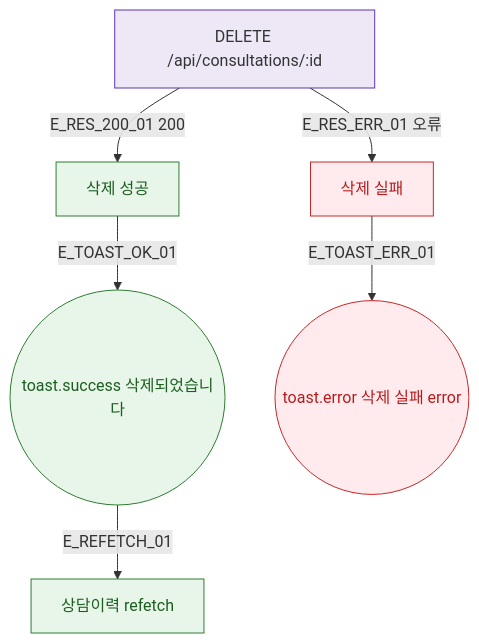
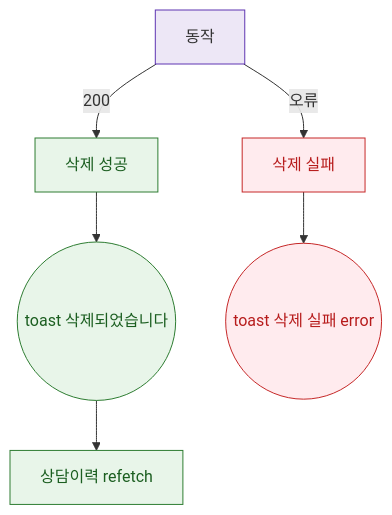
One commit to dev-spogym/admin-pando changed the diagram in docs/다이어그램/D02_회원관리/DLG/DLG-M012_상담삭제/M3_결과분기.md. Above: the diagram before and after it, drawn with Mermaid. The commit also changed other lines of this file and 1660 other files, not shown here.

First line of the commit message:
다이어그램: 기획자/클라이언트 납품본으로 정리

````diff
--- a/docs/다이어그램/D02_회원관리/DLG/DLG-M012_상담삭제/M3_결과분기.md
+++ b/docs/다이어그램/D02_회원관리/DLG/DLG-M012_상담삭제/M3_결과분기.md
@@ -22,20 +20,20 @@
 ```mermaid
 flowchart TD
-  API[DELETE /api/consultations/:id]
+  API[동작]
 
-  API -->|E_RES_200_01 200| SUCCESS[삭제 성공]
-  API -->|E_RES_ERR_01 오류| FAIL[삭제 실패]
+  API -->|200|SUCCESS[삭제 성공]
+  API -->|오류|FAIL[삭제 실패]
 
-  SUCCESS -->|E_TOAST_OK_01| TOAST_OK((toast.success 삭제되었습니다))
-  TOAST_OK -->|E_REFETCH_01| REFETCH[상담이력 refetch]
+  SUCCESS --> TOAST_OK((toast 삭제되었습니다))
+  TOAST_OK --> REFETCH[상담이력 refetch]
 
-  FAIL -->|E_TOAST_ERR_01| TOAST_ERR((toast.error 삭제 실패 error))
+  FAIL --> TOAST_ERR((toast 삭제 실패 error))
 
   classDef success fill:#E8F5E9,stroke:#2E7D32,color:#1B5E20
-  classDef error   fill:#FFEBEE,stroke:#C62828,color:#B71C1C
-  classDef system  fill:#EDE7F6,stroke:#5E35B2
+  classDef error fill:#FFEBEE,stroke:#C62828,color:#B71C1C
+  classDef system fill:#EDE7F6,stroke:#5E35B2
 
   class SUCCESS,TOAST_OK,REFETCH success
   class FAIL,TOAST_ERR error
   class API system
 ```
````
